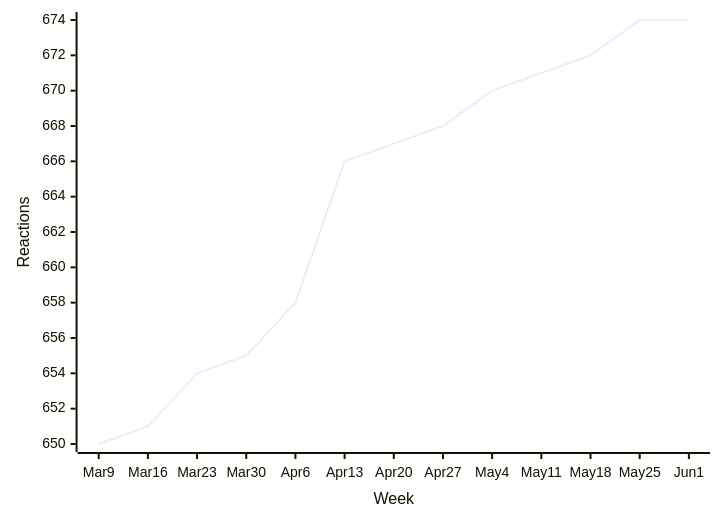
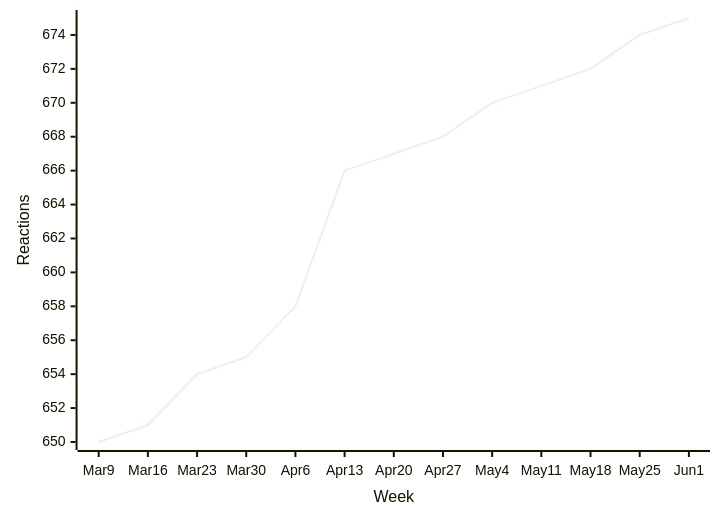
One commit to loic-sharma/github-insights changed the fourth of 44 diagrams in README.md. Above: the diagram before and after it, drawn with Mermaid. The commit also changed other lines of this file and 3 other files, not shown here.

````diff
--- a/README.md
+++ b/README.md
@@ -390,6 +390,6 @@
   ```mermaid
   xychart-beta
     x-axis "Week" [Mar 9, Mar 16, Mar 23, Mar 30, Apr 6, Apr 13, Apr 20, Apr 27, May 4, May 11, May 18, May 25, Jun 1]
     y-axis "Reactions"
-    line [650, 651, 654, 655, 658, 666, 667, 668, 670, 671, 672, 674, 674]
+    line [650, 651, 654, 655, 658, 666, 667, 668, 670, 671, 672, 674, 675]
   ```
````
